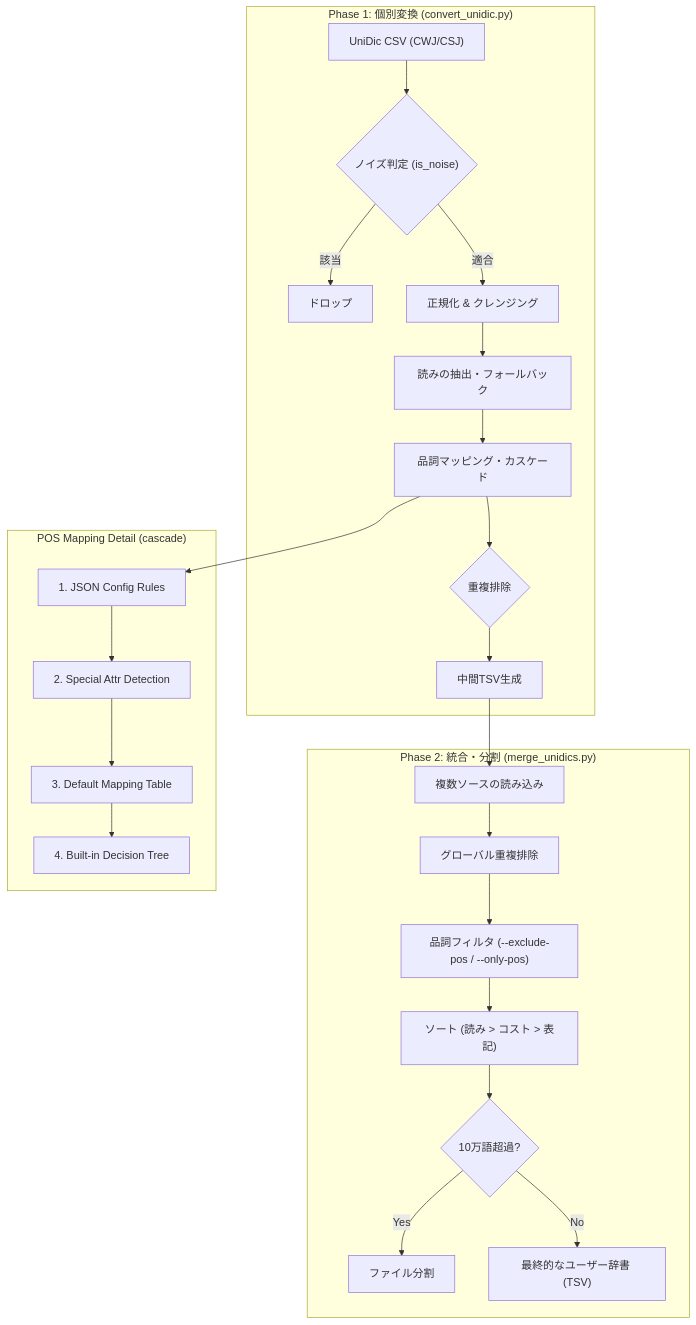
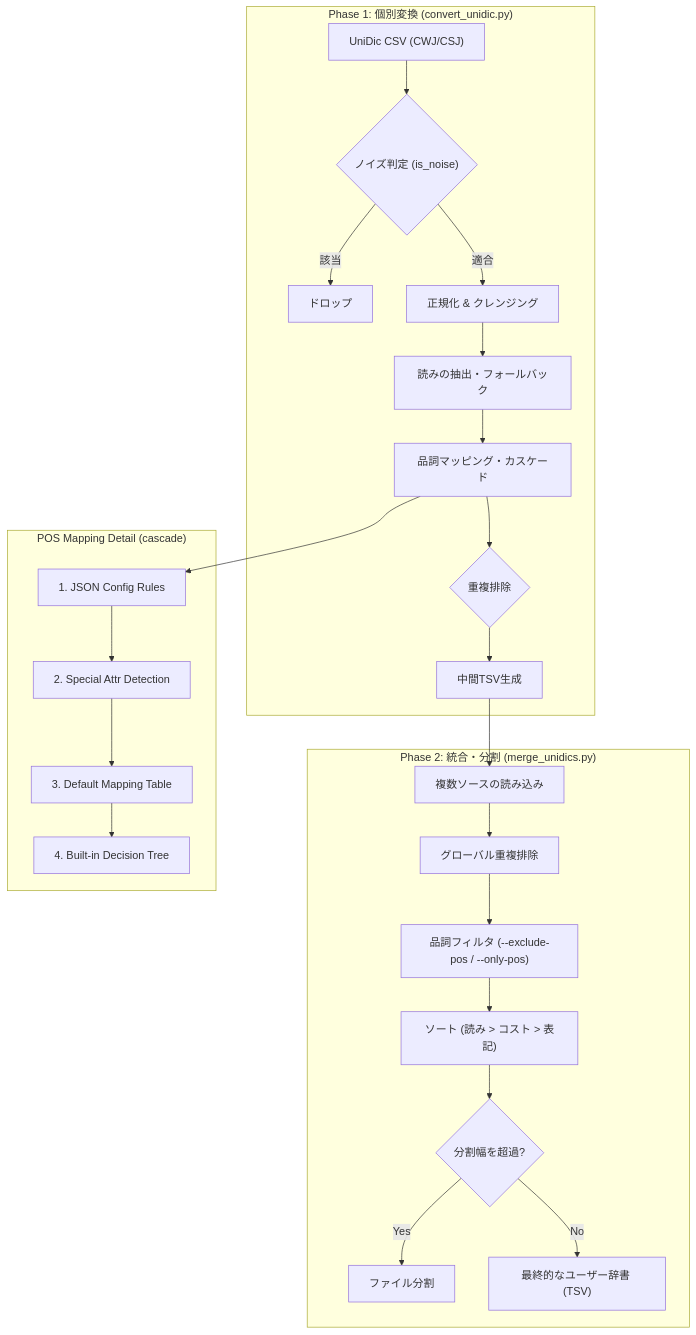
The diagram in Project.md (jassdack/UniDic-to-Mozc), drawn with Mermaid before and after one commit. The commit also changed other lines of this file and 3 other files, not shown here.

````diff
--- a/Project.md
+++ b/Project.md
@@ -90,29 +90,29 @@
 ```mermaid
 graph TD
     subgraph "Phase 1: 個別変換 (convert_unidic.py)"
         A["UniDic CSV (CWJ/CSJ)"] --> B{"ノイズ判定 (is_noise)"}
         B -- 該当 --> C[ドロップ]
         B -- 適合 --> D["正規化 & クレンジング"]
         D --> E["読みの抽出・フォールバック"]
         E --> F["品詞マッピング・カスケード"]
         F --> G{重複排除}
         G --> H[中間TSV生成]
     end
 
     subgraph "Phase 2: 統合・分割 (merge_unidics.py)"
         H --> I[複数ソースの読み込み]
         I --> J[グローバル重複排除]
         J --> JF["品詞フィルタ (--exclude-pos / --only-pos)"]
         JF --> K["ソート (読み > コスト > 表記)"]
-        K --> L{"10万語超過?"}
+        K --> L{"分割幅を超過?"}
         L -- Yes --> M[ファイル分割]
         L -- No --> N["最終的なユーザー辞書 (TSV)"]
     end
 
     subgraph "POS Mapping Detail (cascade)"
         F --> F1[1. JSON Config Rules]
         F1 --> F2[2. Special Attr Detection]
         F2 --> F3[3. Default Mapping Table]
         F3 --> F4[4. Built-in Decision Tree]
     end
 ```
````
